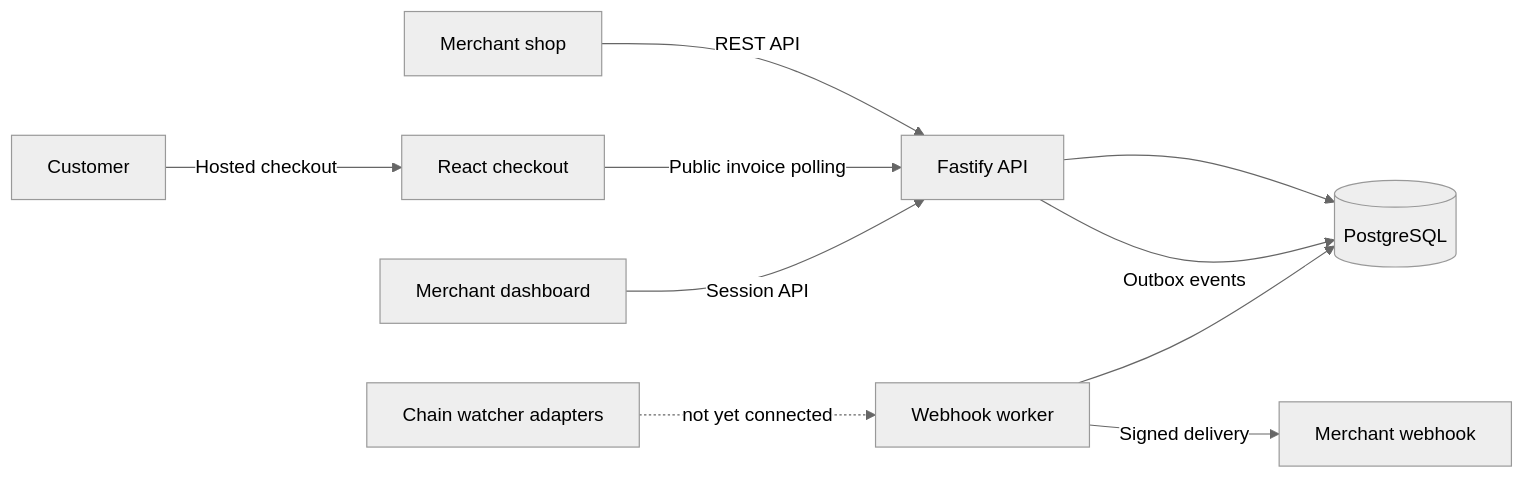
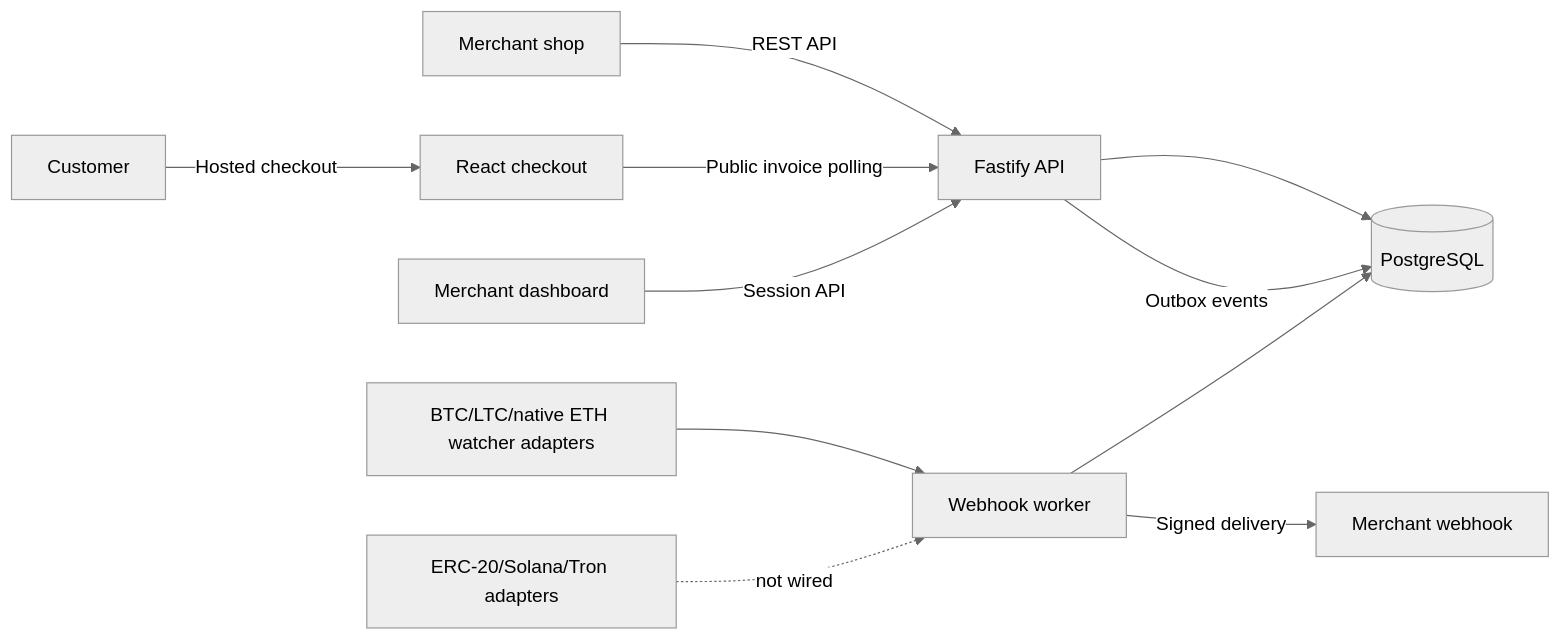
One commit to digitaldanis/ORBITT-Pay changed the diagram in README.md. Above: the diagram before and after it, drawn with Mermaid (neutral theme). The commit also changed other lines of this file and 13 other files, not shown here.

````diff
--- a/README.md
+++ b/README.md
@@ -22,12 +22,13 @@
 ```mermaid
 flowchart LR
   Shop[Merchant shop] -->|REST API| API[Fastify API]
   API --> DB[(PostgreSQL)]
   Customer -->|Hosted checkout| Checkout[React checkout]
   Checkout -->|Public invoice polling| API
   API -->|Outbox events| DB
   Worker[Webhook worker] -->|Signed delivery| Merchant[Merchant webhook]
   Worker --> DB
   Dashboard[Merchant dashboard] -->|Session API| API
-  Adapters[Chain watcher adapters] -. not yet connected .-> Worker
+  Adapters[BTC/LTC/native ETH watcher adapters] --> Worker
+  Other[ERC-20/Solana/Tron adapters] -. not wired .-> Worker
 ```
````
